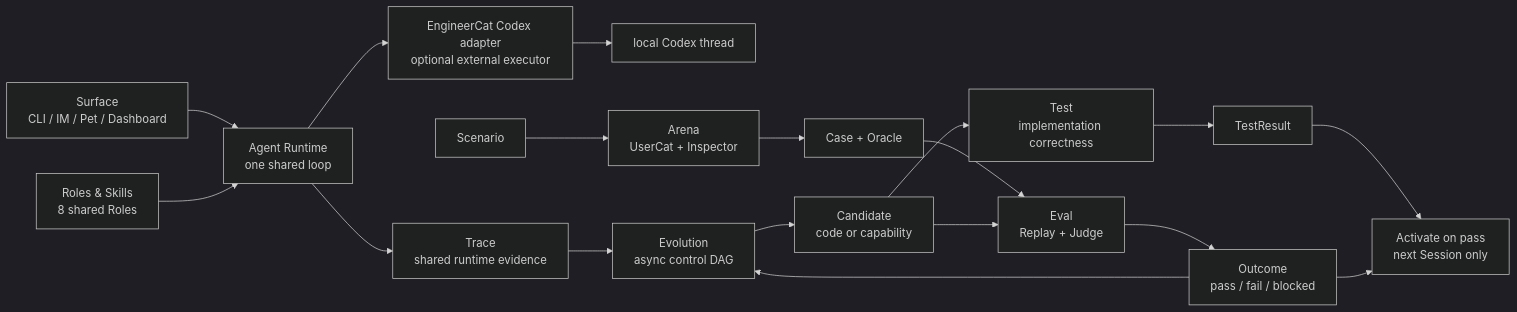
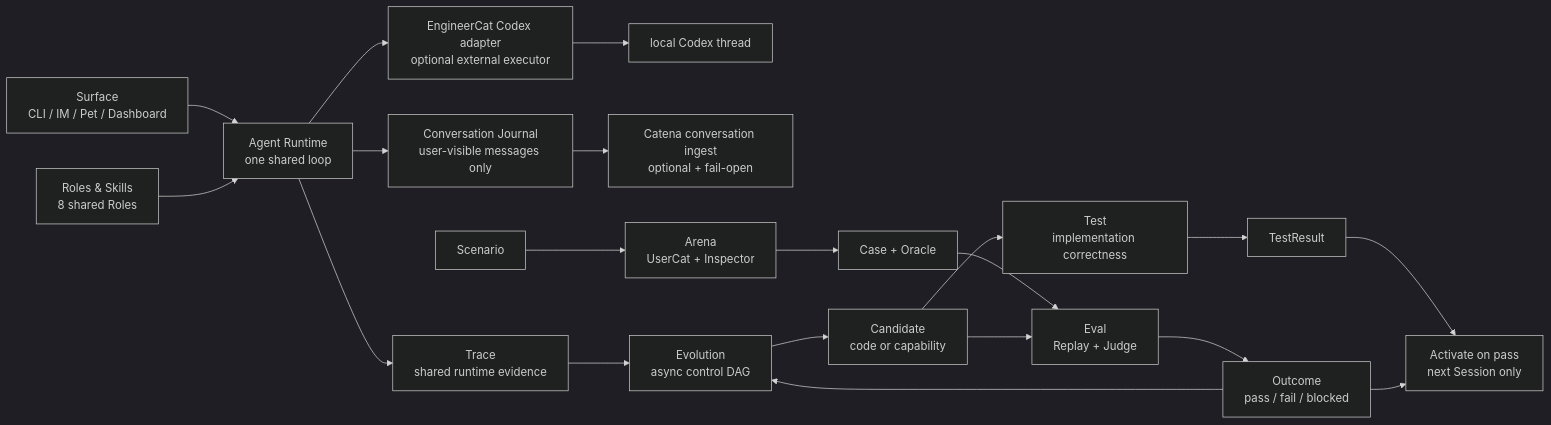
The second of 2 diagrams in docs/SPEC.md (fightheyyy/xiaobaOS), drawn with Mermaid (dark theme) before and after one commit. The commit also changed other lines of this file and 25 other files, not shown here.

Commit message:
Persist and export user-visible conversations

````diff
--- a/docs/SPEC.md
+++ b/docs/SPEC.md
@@ -114,23 +115,25 @@
 ```mermaid
 flowchart LR
     Surface["Surface<br/>CLI / IM / Pet / Dashboard"] --> Runtime["Agent Runtime<br/>one shared loop"]
     Roles["Roles & Skills<br/>8 shared Roles"] --> Runtime
     Runtime --> EngineerAdapter["EngineerCat Codex adapter<br/>optional external executor"]
     EngineerAdapter --> Codex["local Codex thread"]
     Runtime --> Trace["Trace<br/>shared runtime evidence"]
+    Runtime --> Conversation["Conversation Journal<br/>user-visible messages only"]
+    Conversation --> Catena["Catena conversation ingest<br/>optional + fail-open"]
 
     Test["Test<br/>implementation correctness"] --> TestResult["TestResult"]
     Case["Case + Oracle"] --> Eval["Eval<br/>Replay + Judge"]
     Eval --> Outcome["Outcome<br/>pass / fail / blocked"]
 
     Scenario["Scenario"] --> Arena["Arena<br/>UserCat + Inspector"]
     Arena --> Case
 
     Trace --> Evolution["Evolution<br/>async control DAG"]
     Outcome --> Evolution
     Evolution --> Candidate["Candidate<br/>code or capability"]
     Candidate --> Test
     Candidate --> Eval
     TestResult --> Activate["Activate on pass<br/>next Session only"]
     Outcome --> Activate
 ```
````
